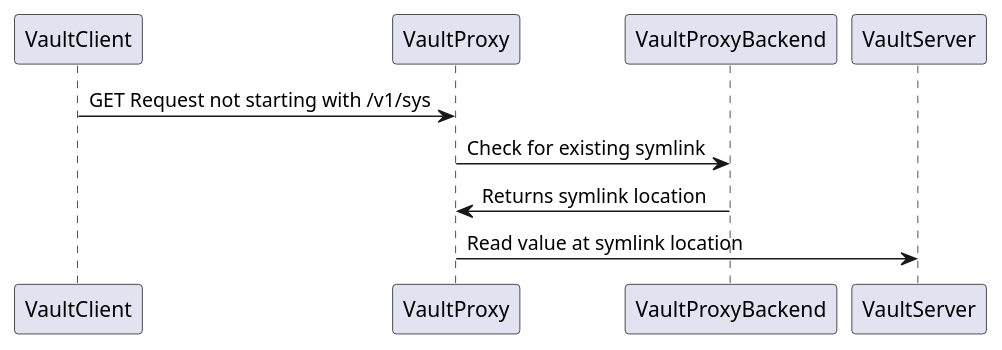
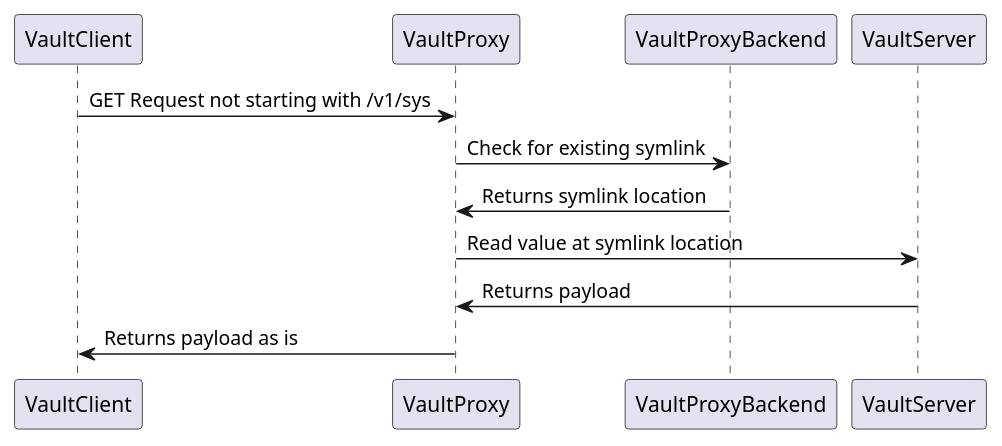
One commit to Typositoire/go-vln changed the diagram in docs/UML/Read.puml. Above: the diagram before and after it, drawn with PlantUML. The commit also changed 3 other files, not shown here.

```diff
--- a/docs/UML/Read.puml
+++ b/docs/UML/Read.puml
@@ -1,6 +1,8 @@
 @startuml
 VaultClient -> VaultProxy: GET Request not starting with /v1/sys
 VaultProxy -> VaultProxyBackend: Check for existing symlink
 VaultProxyBackend -> VaultProxy: Returns symlink location
 VaultProxy -> VaultServer: Read value at symlink location
+VaultServer -> VaultProxy: Returns payload
+VaultProxy -> VaultClient: Returns payload as is
 @enduml
```
